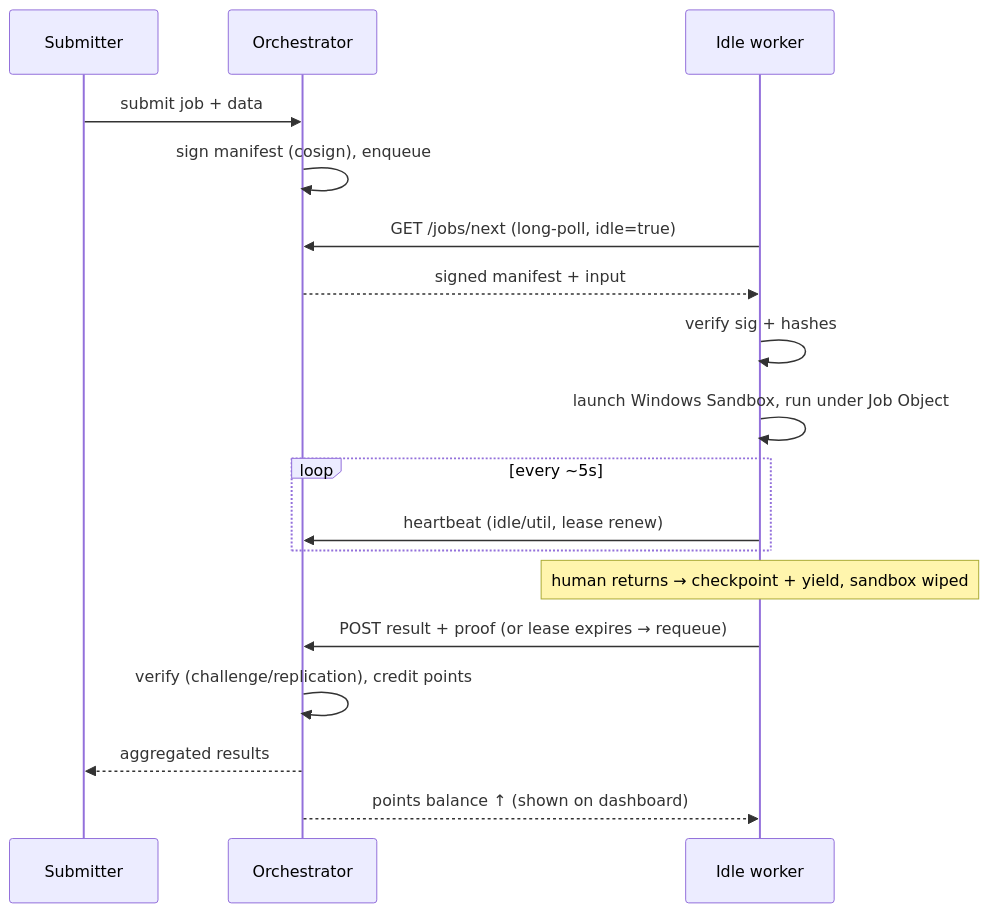
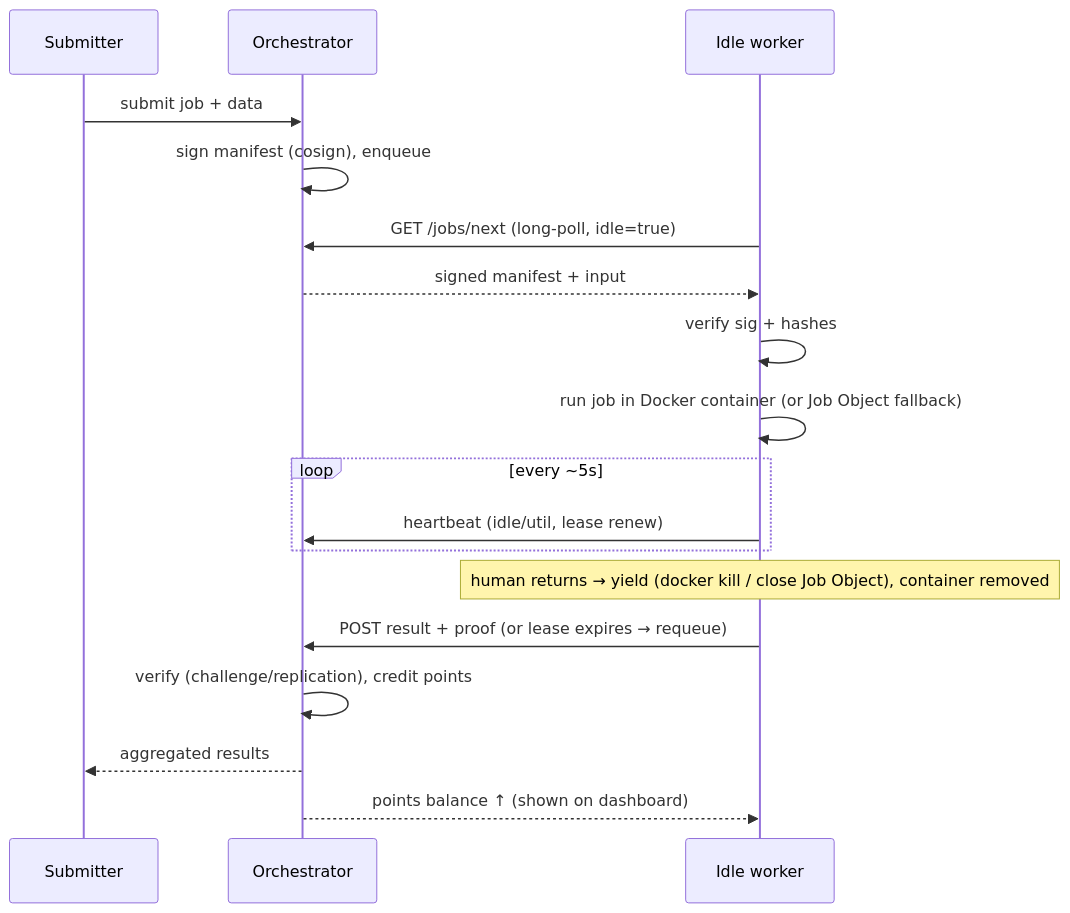
Before and after one commit to Aditya-Katkuri/OneCompute: the third of 3 diagrams in docs/architecture.md, drawn with Mermaid. The commit also changed other lines of this file, not shown here.

Commit message:
Reconcile architecture isolation docs with the Docker-per-job implementation

````diff
--- a/docs/architecture.md
+++ b/docs/architecture.md
@@ -238,20 +241,20 @@
 ```mermaid
 sequenceDiagram
     participant Sub as Submitter
     participant Orc as Orchestrator
     participant W as Idle worker
     Sub->>Orc: submit job + data
     Orc->>Orc: sign manifest (cosign), enqueue
     W->>Orc: GET /jobs/next (long-poll, idle=true)
     Orc-->>W: signed manifest + input
     W->>W: verify sig + hashes
-    W->>W: launch Windows Sandbox, run under Job Object
+    W->>W: run job in Docker container (or Job Object fallback)
     loop every ~5s
         W->>Orc: heartbeat (idle/util, lease renew)
     end
-    Note over W: human returns → checkpoint + yield, sandbox wiped
+    Note over W: human returns → yield (docker kill / close Job Object), container removed
     W->>Orc: POST result + proof  (or lease expires → requeue)
     Orc->>Orc: verify (challenge/replication), credit points
     Orc-->>Sub: aggregated results
     Orc-->>W: points balance ↑ (shown on dashboard)
 ```
````
